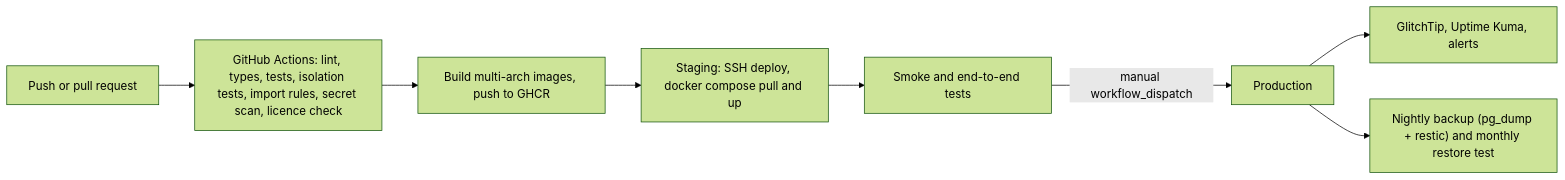
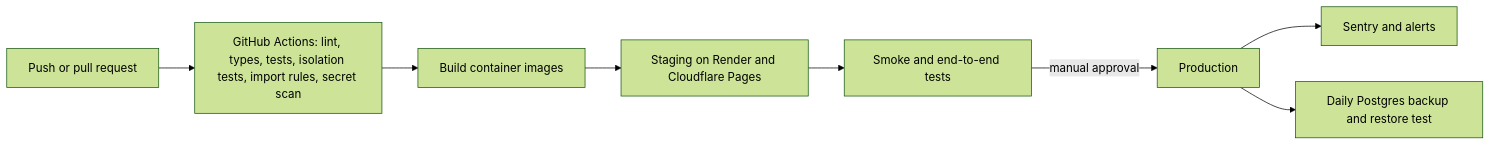
The sixth of 6 diagrams in ARCHITECTURE.md (vistaroai/Vistaro-MVP), drawn with Mermaid (forest theme) before and after one commit. The commit also changed other lines of this file and 8 other files, not shown here.

````diff
--- a/ARCHITECTURE.md
+++ b/ARCHITECTURE.md
@@ -584,10 +548,10 @@
 ```mermaid
 flowchart LR
-    Dev["Push or pull request"] --> CI["GitHub Actions: lint, types, tests, isolation tests, import rules, secret scan, licence check"]
-    CI --> IMG["Build multi-arch images, push to GHCR"]
-    IMG --> STG["Staging: SSH deploy, docker compose pull and up"]
+    Dev["Push or pull request"] --> CI["GitHub Actions: lint, types, tests, isolation tests, import rules, secret scan"]
+    CI --> IMG["Build container images"]
+    IMG --> STG["Staging on Render and Cloudflare Pages"]
     STG --> SMOKE["Smoke and end-to-end tests"]
-    SMOKE -->|"manual workflow_dispatch"| PRD["Production"]
-    PRD --> MON["GlitchTip, Uptime Kuma, alerts"]
-    PRD --> BKP["Nightly backup (pg_dump + restic) and monthly restore test"]
+    SMOKE -->|"manual approval"| PRD["Production"]
+    PRD --> MON["Sentry and alerts"]
+    PRD --> BKP["Daily Postgres backup and restore test"]
 ```
````
